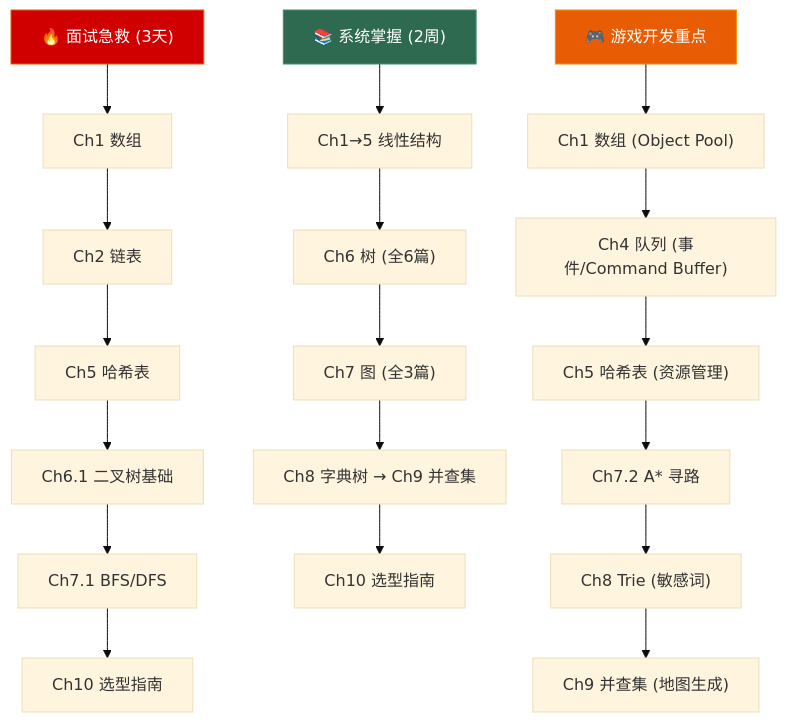
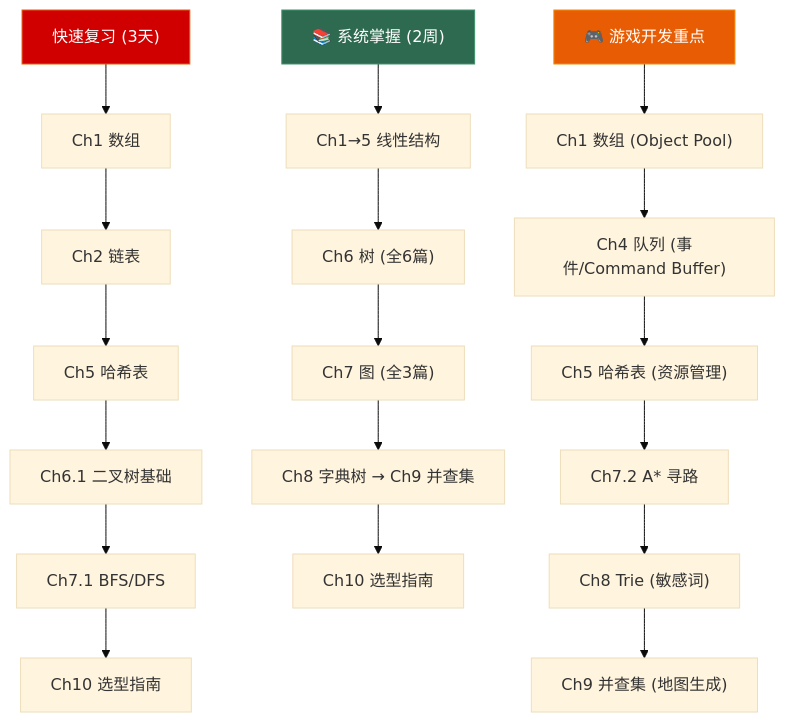
The second of 2 diagrams in src/content/posts/data_structure/index.md (Lumivers/firefly), drawn with Mermaid (base theme) before and after one commit. The commit also changed other lines of this file and 39 other files, not shown here.

````diff
--- a/src/content/posts/data_structure/index.md
+++ b/src/content/posts/data_structure/index.md
@@ -233,26 +233,26 @@
 ```mermaid
 graph TD
-    A["🔥 面试急救 (3天)"] --> B["Ch1 数组"]
+    A["快速复习 (3天)"] --> B["Ch1 数组"]
     B --> C["Ch2 链表"]
     C --> D["Ch5 哈希表"]
     D --> E["Ch6.1 二叉树基础"]
     E --> F["Ch7.1 BFS/DFS"]
     F --> G["Ch10 选型指南"]
 
     H["📚 系统掌握 (2周)"] --> I["Ch1→5 线性结构"]
     I --> J["Ch6 树 (全6篇)"]
     J --> K["Ch7 图 (全3篇)"]
     K --> L["Ch8 字典树 → Ch9 并查集"]
     L --> M["Ch10 选型指南"]
 
     N["🎮 游戏开发重点"] --> O["Ch1 数组 (Object Pool)"]
     O --> P["Ch4 队列 (事件/Command Buffer)"]
     P --> Q["Ch5 哈希表 (资源管理)"]
     Q --> R["Ch7.2 A* 寻路"]
     R --> S["Ch8 Trie (敏感词)"]
     S --> T["Ch9 并查集 (地图生成)"]
 
     style A fill:#d00000,stroke:#e85d04,color:white
     style H fill:#2d6a4f,stroke:#40916c,color:white
     style N fill:#e85d04,stroke:#f48c06,color:white
 ```
````
